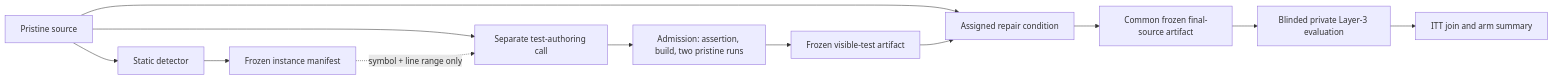
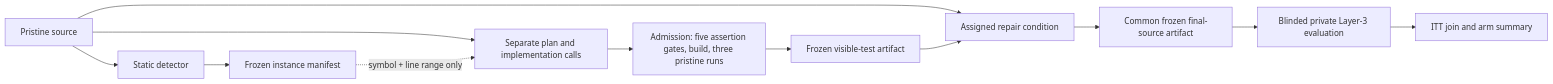
One commit to RayenSL/hybrid-static-llm-pipeline changed the diagram in docs/TEST_FEEDBACK_RUNBOOK.md. Above: the diagram before and after it, drawn with Mermaid. The commit also changed other lines of this file and 310 other files, not shown here.

````diff
--- a/docs/TEST_FEEDBACK_RUNBOOK.md
+++ b/docs/TEST_FEEDBACK_RUNBOOK.md
@@ -12,14 +12,14 @@
 ```mermaid
 flowchart LR
   P["Pristine source"] --> D["Static detector"]
   D --> M["Frozen instance manifest"]
-  P --> G["Separate test-authoring call"]
+  P --> G["Separate plan and implementation calls"]
   M -. "symbol + line range only" .-> G
-  G --> A["Admission: assertion, build, two pristine runs"]
+  G --> A["Admission: five assertion gates, build, three pristine runs"]
   A --> F["Frozen visible-test artifact"]
   P --> R["Assigned repair condition"]
   F --> R
   R --> S["Common frozen final-source artifact"]
   S --> L["Blinded private Layer-3 evaluation"]
   L --> J["ITT join and arm summary"]
 ```
````
